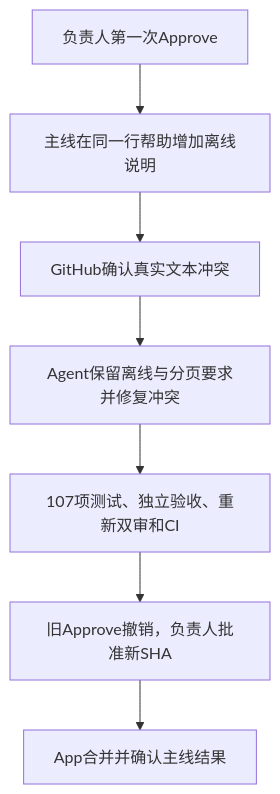
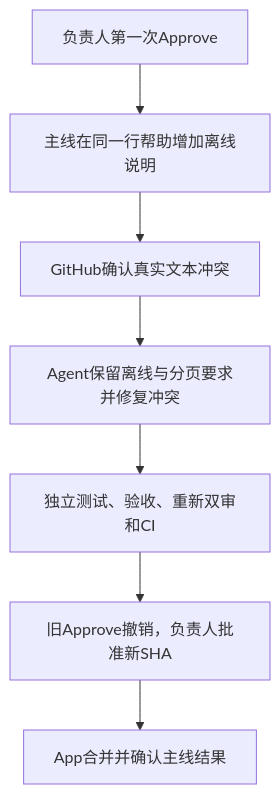
One commit to saikaji0314/repopilot changed the diagram in docs/runtime-v2/DEMO.md. Above: the diagram before and after it, drawn with Mermaid. The commit also changed other lines of this file and 4 other files, not shown here.

Commit message:
docs: 优化README展示并恢复徽章与流程图

````diff
--- a/docs/runtime-v2/DEMO.md
+++ b/docs/runtime-v2/DEMO.md
@@ -35,9 +35,9 @@
 ```mermaid
 flowchart TD
     A[负责人第一次Approve] --> B[主线在同一行帮助增加离线说明]
     B --> C[GitHub确认真实文本冲突]
     C --> D[Agent保留离线与分页要求并修复冲突]
-    D --> E[107项测试、独立验收、重新双审和CI]
+    D --> E[独立测试、验收、重新双审和CI]
     E --> F[旧Approve撤销，负责人批准新SHA]
     F --> G[App合并并确认主线结果]
 ```
````
